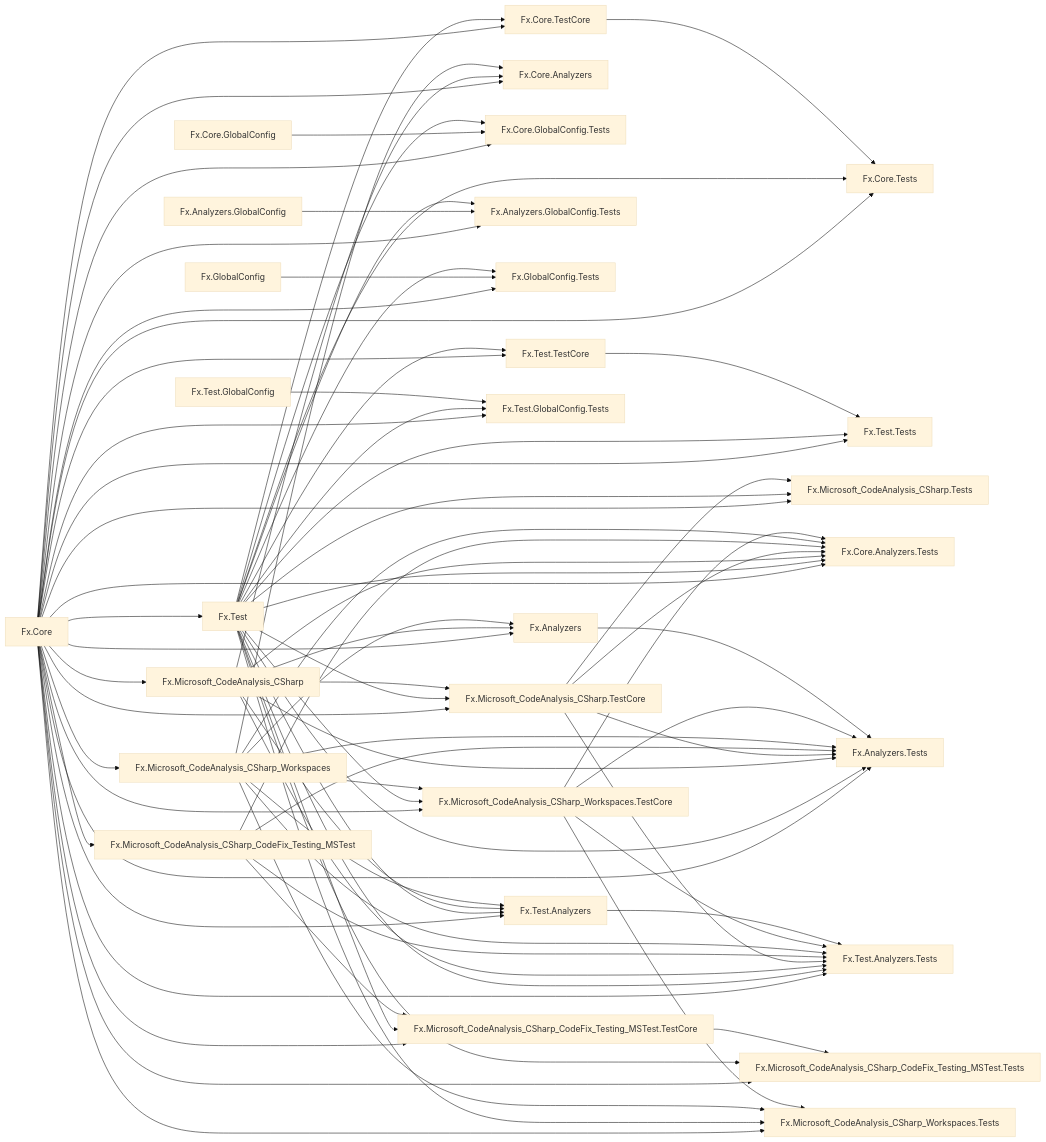
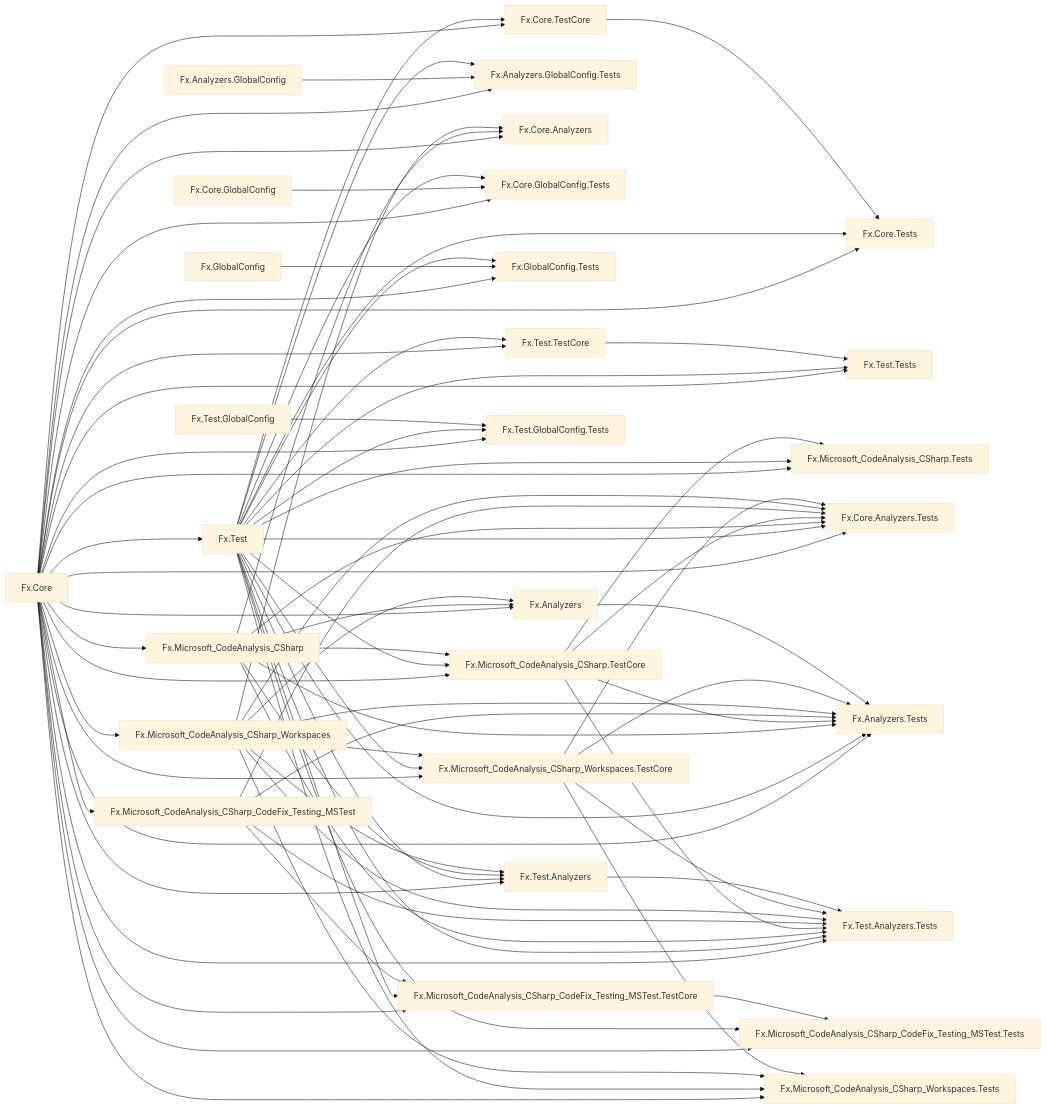
The diagram in graph.md (ravudet/Fx.Core), drawn with Mermaid (base theme) before and after one commit. The commit also changed other lines of this file, not shown here.

````diff
--- a/graph.md
+++ b/graph.md
@@ -1,25 +1,18 @@
 ```mermaid
 flowchart LR
+	Fx.Analyzers
+	Fx.Analyzers.GlobalConfig
+	Fx.Analyzers.GlobalConfig.Tests
+	Fx.Analyzers.Tests
 	Fx.Core
-	Fx.Core.TestCore
-	Fx.Core.Tests
 	Fx.Core.Analyzers
 	Fx.Core.Analyzers.Tests
 	Fx.Core.GlobalConfig
 	Fx.Core.GlobalConfig.Tests
-	Fx.Analyzers
-	Fx.Analyzers.Tests
-	Fx.Analyzers.GlobalConfig
-	Fx.Analyzers.GlobalConfig.Tests
+	Fx.Core.TestCore
+	Fx.Core.Tests
 	Fx.GlobalConfig
 	Fx.GlobalConfig.Tests
-	Fx.Test
-	Fx.Test.TestCore
-	Fx.Test.Tests
-	Fx.Test.Analyzers
-	Fx.Test.Analyzers.Tests
-	Fx.Test.GlobalConfig
-	Fx.Test.GlobalConfig.Tests
 	Fx.Microsoft_CodeAnalysis_CSharp
 	Fx.Microsoft_CodeAnalysis_CSharp.TestCore
 	Fx.Microsoft_CodeAnalysis_CSharp.Tests
@@ -29,6 +22,13 @@
 	Fx.Microsoft_CodeAnalysis_CSharp_Workspaces
 	Fx.Microsoft_CodeAnalysis_CSharp_Workspaces.TestCore
 	Fx.Microsoft_CodeAnalysis_CSharp_Workspaces.Tests
+	Fx.Test
+	Fx.Test.Analyzers
+	Fx.Test.Analyzers.Tests
+	Fx.Test.GlobalConfig
+	Fx.Test.GlobalConfig.Tests
+	Fx.Test.TestCore
+	Fx.Test.Tests
 
 	Fx.Core --> Fx.Core.TestCore
 	Fx.Test --> Fx.Core.TestCore
````
